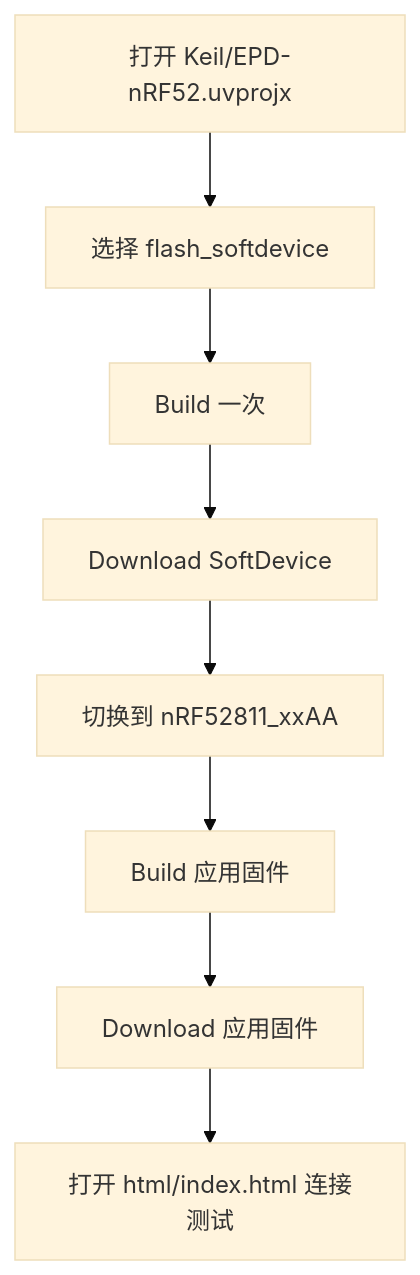
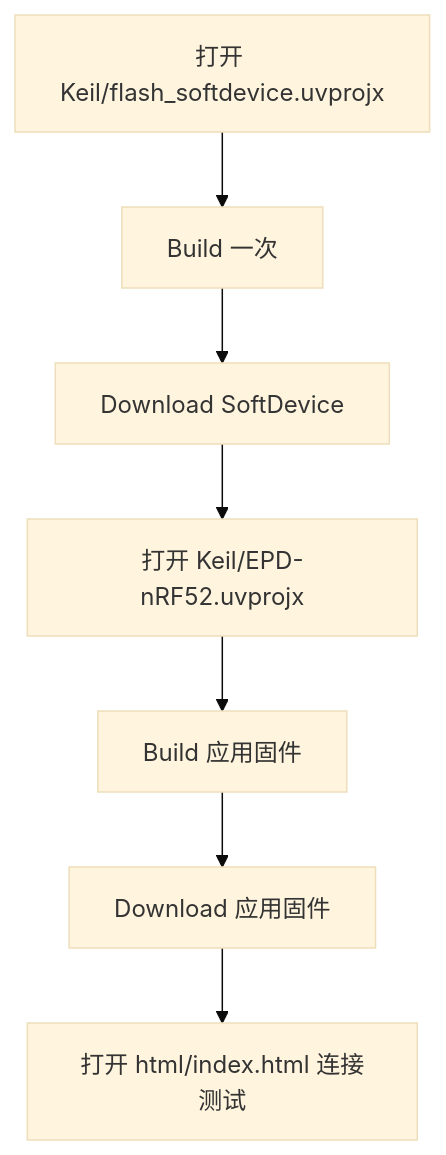
Before and after one commit to YCD12/nRF_EPD: the first of 2 diagrams in README.md, drawn with Mermaid (base theme). The commit also changed other lines of this file and 20 other files, not shown here.

````diff
--- a/README.md
+++ b/README.md
@@ -449,10 +497,9 @@
 ```mermaid
 flowchart TD
-    A[打开 Keil/EPD-nRF52.uvprojx] --> B[选择 flash_softdevice]
-    B --> C[Build 一次]
-    C --> D[Download SoftDevice]
-    D --> E[切换到 nRF52811_xxAA]
-    E --> F[Build 应用固件]
-    F --> G[Download 应用固件]
-    G --> H[打开 html/index.html 连接测试]
+    A[打开 Keil/flash_softdevice.uvprojx] --> B[Build 一次]
+    B --> C[Download SoftDevice]
+    C --> D[打开 Keil/EPD-nRF52.uvprojx]
+    D --> E[Build 应用固件]
+    E --> F[Download 应用固件]
+    F --> G[打开 html/index.html 连接测试]
 ```
````
